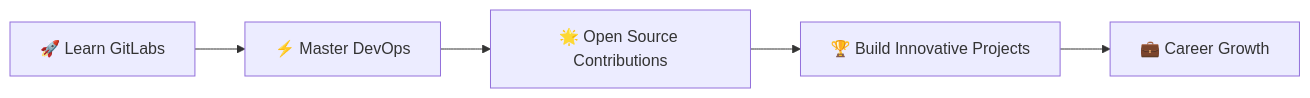
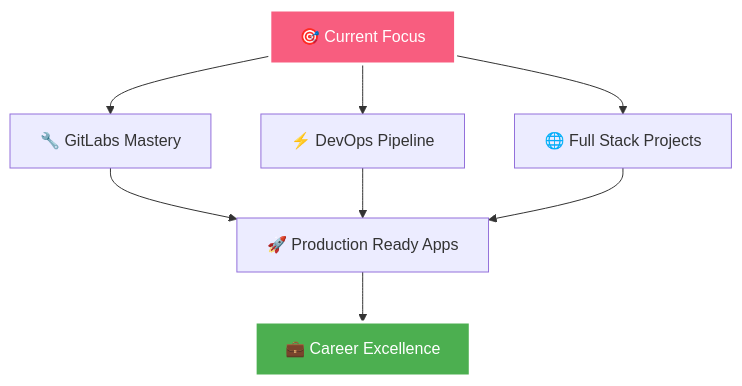
Before and after one commit to Kshitij-Rokade/Kshitij-Rokade: the diagram in README.md, drawn with Mermaid. The commit also changed other lines of this file, not shown here.

````diff
--- a/README.md
+++ b/README.md
@@ -122,7 +188,13 @@
 ```mermaid
-graph LR
-    A[🚀 Learn GitLabs] --> B[⚡ Master DevOps]
-    B --> C[🌟 Open Source Contributions]
-    C --> D[🏆 Build Innovative Projects]
-    D --> E[💼 Career Growth]
+graph TD
+    A[🎯 Current Focus] --> B[🔧 GitLabs Mastery]
+    A --> C[⚡ DevOps Pipeline]
+    A --> D[🌐 Full Stack Projects]
+    B --> E[🚀 Production Ready Apps]
+    C --> E
+    D --> E
+    E --> F[💼 Career Excellence]
+    
+    style A fill:#F85D7F,stroke:#fff,stroke-width:3px,color:#fff
+    style F fill:#4CAF50,stroke:#fff,stroke-width:3px,color:#fff
 ```
````
